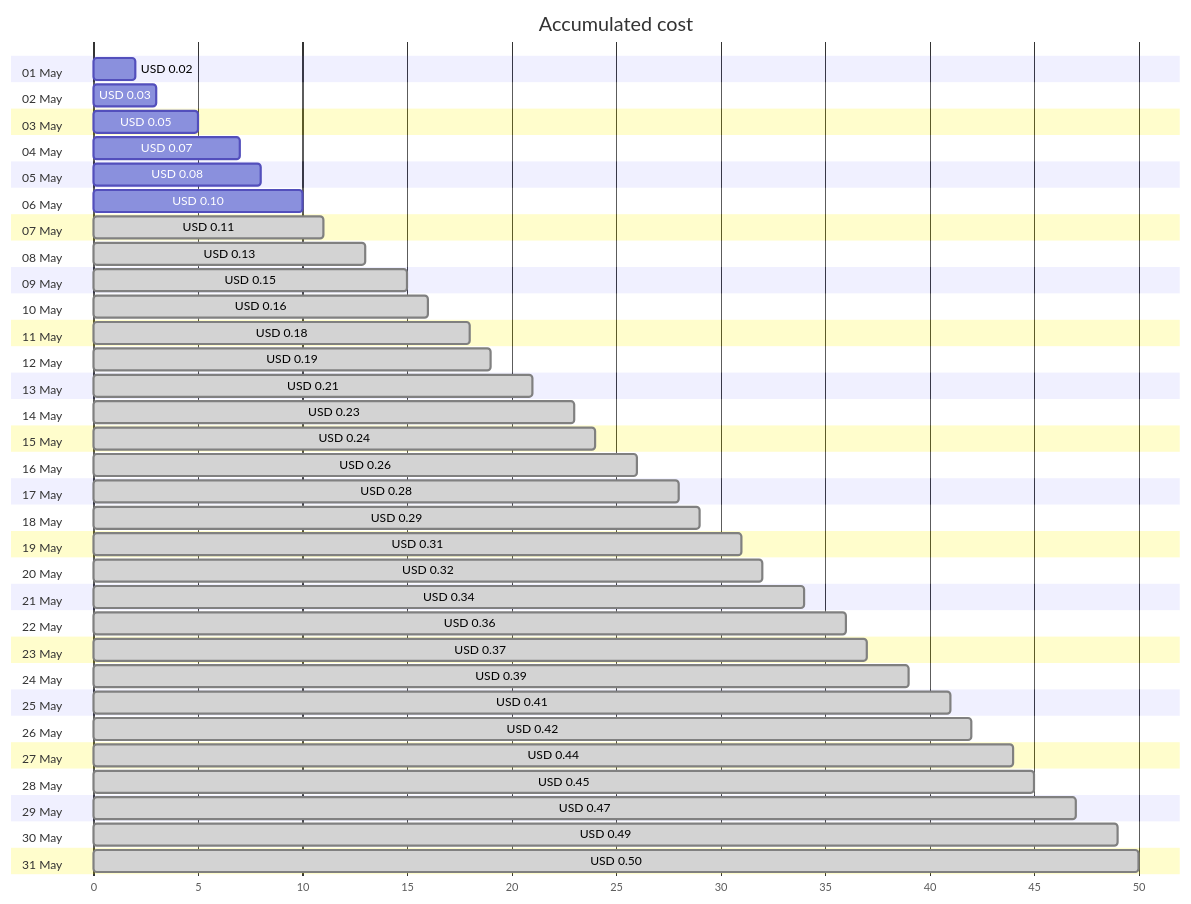
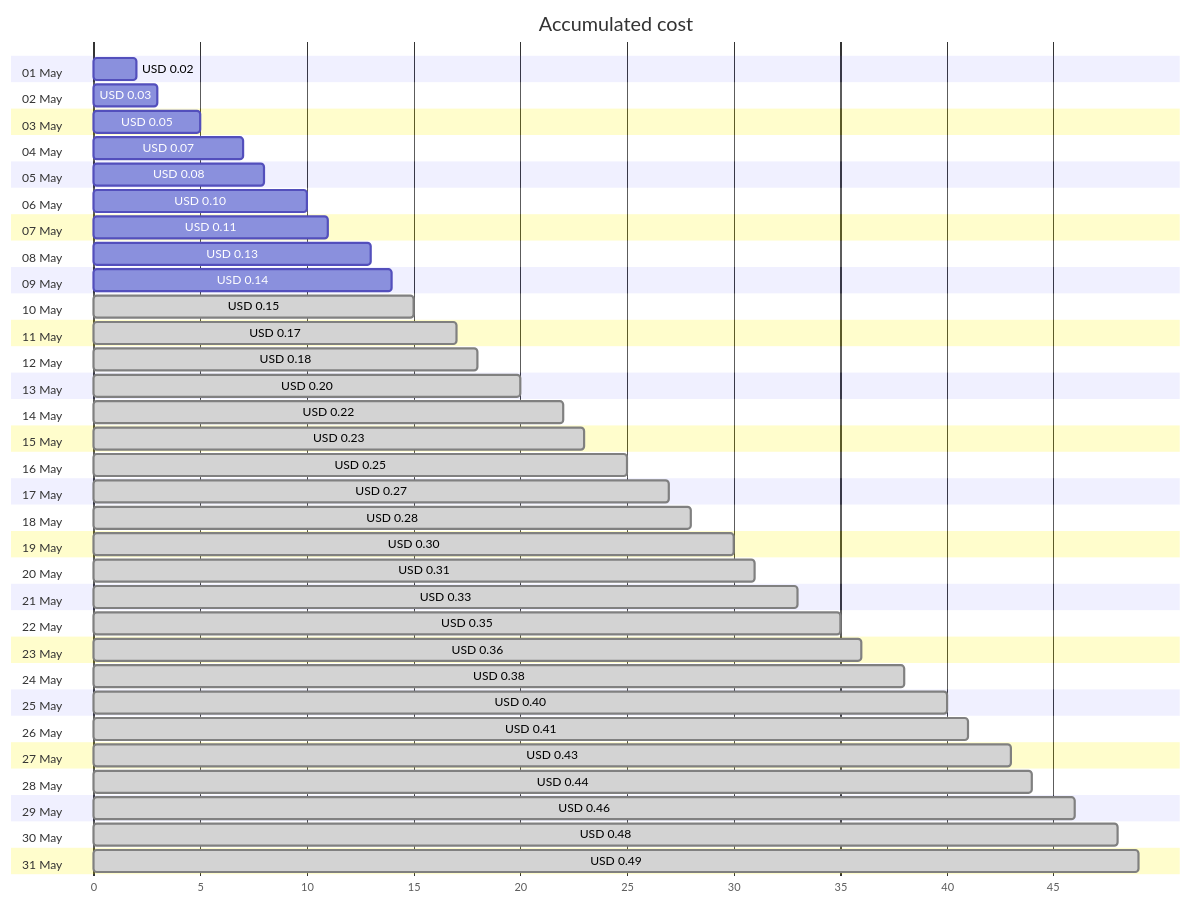
The first of 4 diagrams in cost-reports/personal-dns/jpatrickfulton.com.md (jpfulton/azure-personal-reports), drawn with Mermaid before and after one commit. The commit also changed other lines of this file and 2 other files, not shown here.

Commit message:
Generated reports [skip ci]

````diff
--- a/cost-reports/personal-dns/jpatrickfulton.com.md
+++ b/cost-reports/personal-dns/jpatrickfulton.com.md
@@ -20,68 +20,68 @@
 ```mermaid
 gantt
    title Accumulated cost
    dateFormat  X
    axisFormat %s
    section 01 May
    USD 0.02 :0, 2
    section 02 May
    USD 0.03 :0, 3
    section 03 May
    USD 0.05 :0, 5
    section 04 May
    USD 0.07 :0, 7
    section 05 May
    USD 0.08 :0, 8
    section 06 May
    USD 0.10 :0, 10
    section 07 May
-   USD 0.11 : done, 0, 11
+   USD 0.11 :0, 11
    section 08 May
-   USD 0.13 : done, 0, 13
+   USD 0.13 :0, 13
    section 09 May
+   USD 0.14 :0, 14
+   section 10 May
    USD 0.15 : done, 0, 15
-   section 10 May
-   USD 0.16 : done, 0, 16
    section 11 May
+   USD 0.17 : done, 0, 17
+   section 12 May
    USD 0.18 : done, 0, 18
-   section 12 May
-   USD 0.19 : done, 0, 19
    section 13 May
-   USD 0.21 : done, 0, 21
+   USD 0.20 : done, 0, 20
    section 14 May
+   USD 0.22 : done, 0, 22
+   section 15 May
    USD 0.23 : done, 0, 23
-   section 15 May
-   USD 0.24 : done, 0, 24
    section 16 May
-   USD 0.26 : done, 0, 26
+   USD 0.25 : done, 0, 25
    section 17 May
+   USD 0.27 : done, 0, 27
+   section 18 May
    USD 0.28 : done, 0, 28
-   section 18 May
-   USD 0.29 : done, 0, 29
    section 19 May
+   USD 0.30 : done, 0, 30
+   section 20 May
    USD 0.31 : done, 0, 31
-   section 20 May
-   USD 0.32 : done, 0, 32
    section 21 May
-   USD 0.34 : done, 0, 34
+   USD 0.33 : done, 0, 33
    section 22 May
+   USD 0.35 : done, 0, 35
+   section 23 May
    USD 0.36 : done, 0, 36
-   section 23 May
-   USD 0.37 : done, 0, 37
    section 24 May
-   USD 0.39 : done, 0, 39
+   USD 0.38 : done, 0, 38
    section 25 May
+   USD 0.40 : done, 0, 40
+   section 26 May
    USD 0.41 : done, 0, 41
-   section 26 May
-   USD 0.42 : done, 0, 42
    section 27 May
+   USD 0.43 : done, 0, 43
+   section 28 May
    USD 0.44 : done, 0, 44
-   section 28 May
-   USD 0.45 : done, 0, 45
    section 29 May
-   USD 0.47 : done, 0, 47
+   USD 0.46 : done, 0, 46
    section 30 May
+   USD 0.48 : done, 0, 48
+   section 31 May
    USD 0.49 : done, 0, 49
-   section 31 May
-   USD 0.50 : done, 0, 50
 ```
````
